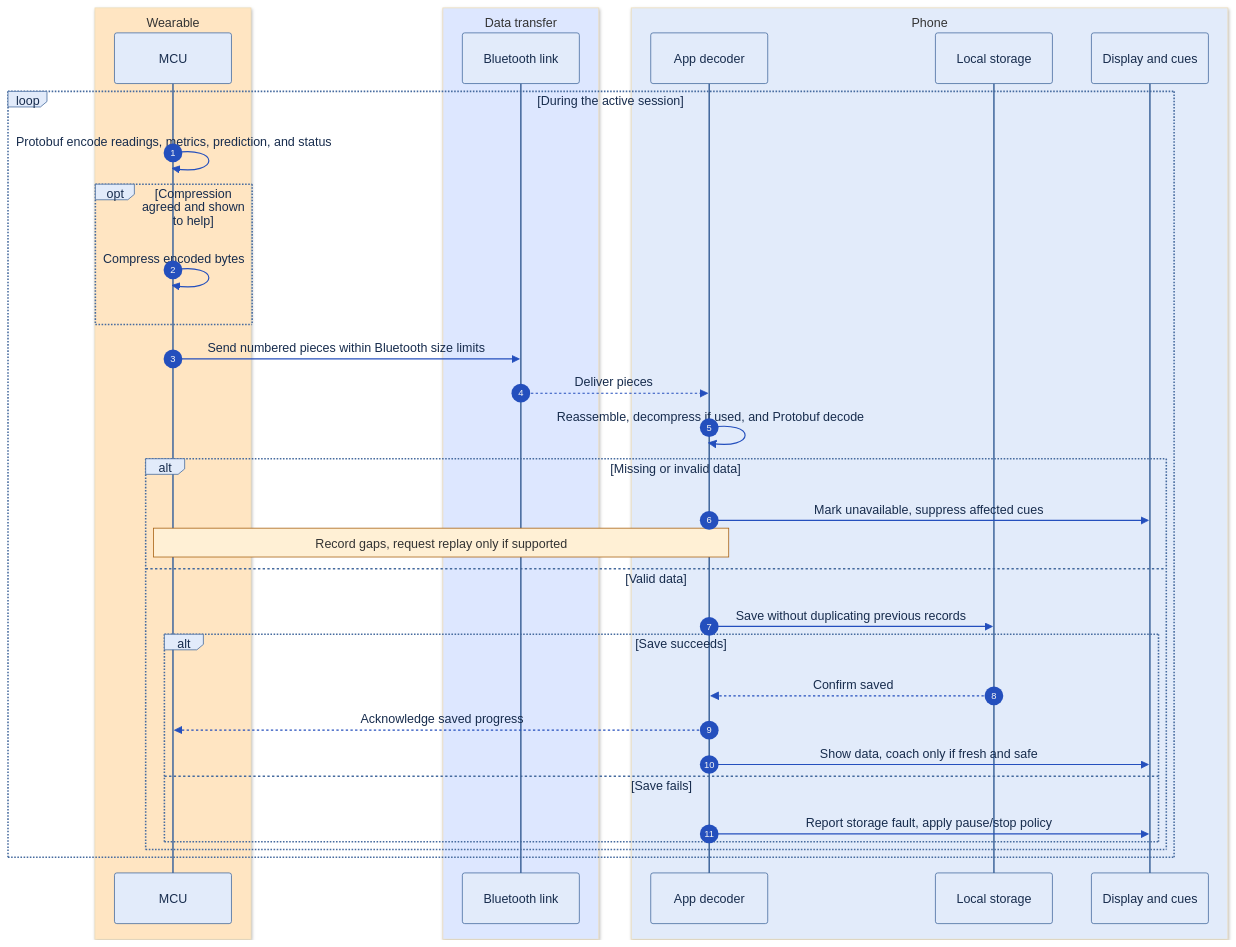
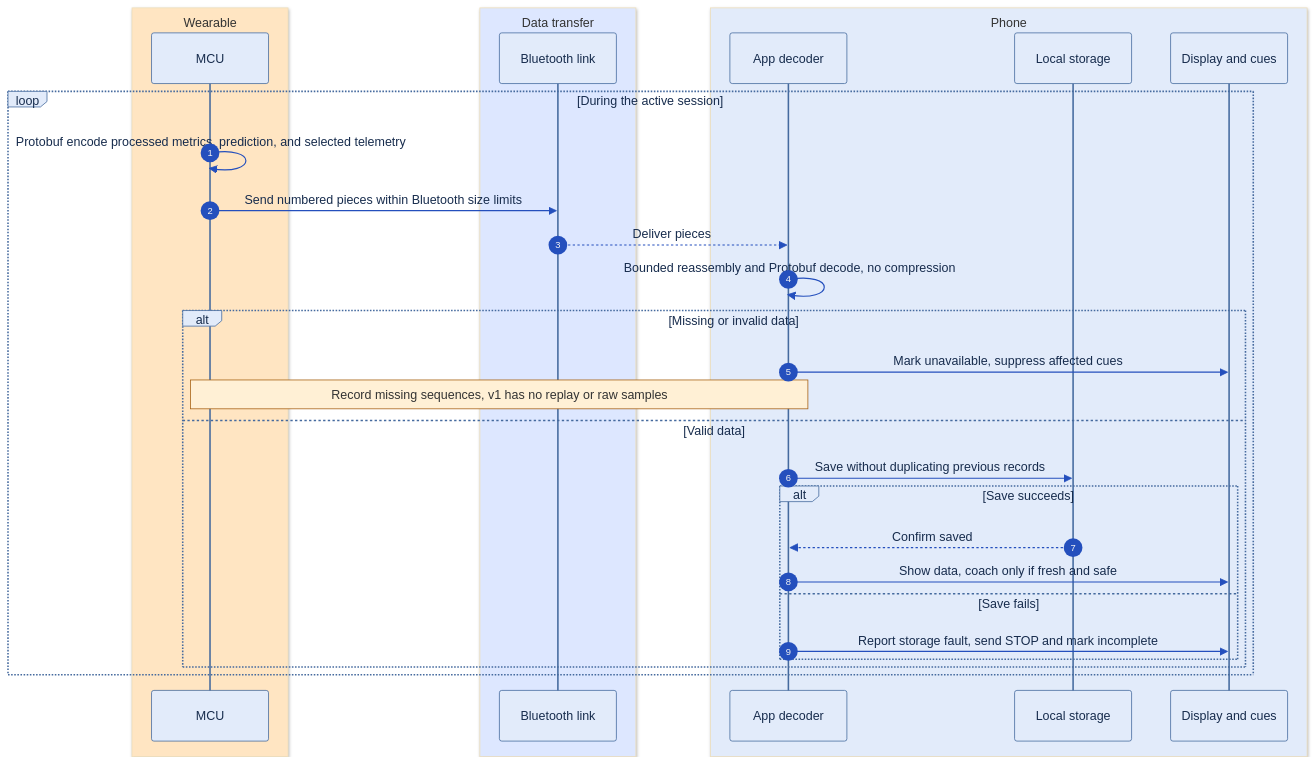
Before and after one commit to ARRR-Coen-Elec-490/docs: the second of 3 diagrams in software-documentation/ble-sequence.md, drawn with Mermaid. The commit also changed other lines of this file and 13 other files, not shown here.

Commit message:
Specify v1 MCU telemetry, sensor recovery, and embedded ML design

````diff
--- a/software-documentation/ble-sequence.md
+++ b/software-documentation/ble-sequence.md
@@ -38,40 +38,36 @@
 ```mermaid
 %%{init: {"theme": "base", "themeVariables": {"actorBkg": "#E2EBFA", "actorBorder": "#456A9E", "actorTextColor": "#172C4D", "signalColor": "#244FBD", "signalTextColor": "#172C4D", "noteBkgColor": "#FFF0D5", "noteBorderColor": "#A66012"}}}%%
 sequenceDiagram
     accTitle: Encode, transfer, decode, and store a sensor batch
-    accDescr: Serialize, optionally compress, split and transport, reassemble and decode, validate, and save before acknowledging storage.
+    accDescr: Serialize processed telemetry, split and transport, reassemble and decode, validate and save locally without telemetry acknowledgements.
     autonumber
     box rgb(255,229,194) Wearable
         participant MCU as MCU
     end
     box rgb(221,231,255) Data transfer
         participant BLE as Bluetooth link
     end
     box rgb(226,235,250) Phone
         participant App as App decoder
         participant Store as Local storage
         participant UI as Display and cues
     end
     loop During the active session
-        MCU->>MCU: Protobuf encode readings, metrics, prediction, and status
-        opt Compression agreed and shown to help
-            MCU->>MCU: Compress encoded bytes
-        end
+        MCU->>MCU: Protobuf encode processed metrics, prediction, and selected telemetry
         MCU->>BLE: Send numbered pieces within Bluetooth size limits
         BLE-->>App: Deliver pieces
-        App->>App: Reassemble, decompress if used, and Protobuf decode
+        App->>App: Bounded reassembly and Protobuf decode, no compression
         alt Missing or invalid data
             App->>UI: Mark unavailable, suppress affected cues
-            Note over MCU,App: Record gaps, request replay only if supported
+            Note over MCU,App: Record missing sequences, v1 has no replay or raw samples
         else Valid data
             App->>Store: Save without duplicating previous records
             alt Save succeeds
                 Store-->>App: Confirm saved
-                App-->>MCU: Acknowledge saved progress
                 App->>UI: Show data, coach only if fresh and safe
             else Save fails
-                App->>UI: Report storage fault, apply pause/stop policy
+                App->>UI: Report storage fault, send STOP and mark incomplete
             end
         end
     end
 ```
````
